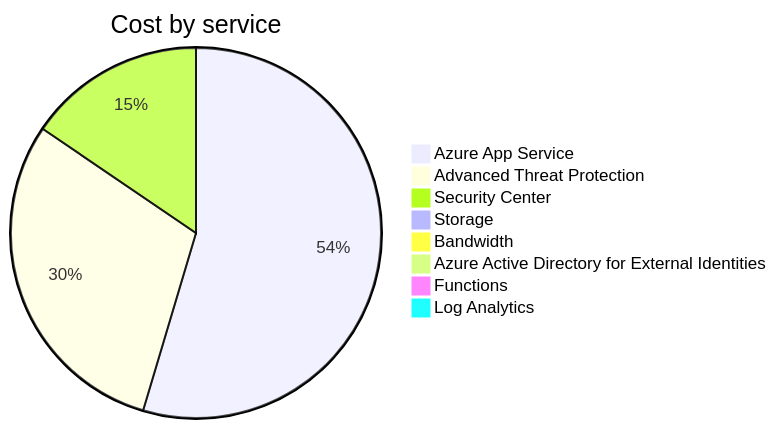
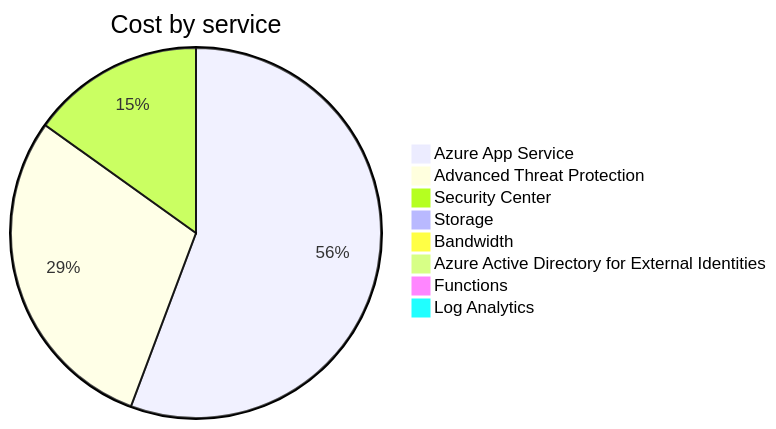
The second of 4 diagrams in cost-reports/personal-site/README.md (jpfulton/azure-personal-reports), drawn with Mermaid before and after one commit. The commit also changed other lines of this file and 7 other files, not shown here.

````diff
--- a/cost-reports/personal-site/README.md
+++ b/cost-reports/personal-site/README.md
@@ -100,12 +100,12 @@
 ```mermaid
 pie
    title Cost by service
-   "Azure App Service" : 12.97
+   "Azure App Service" : 13.56
    "Advanced Threat Protection" : 7.10
    "Security Center" : 3.68
    "Storage" : 0.08
    "Bandwidth" : 0.00
    "Azure Active Directory for External Identities" : 0.00
    "Functions" : 0.00
    "Log Analytics" : 0.00
 ```
````
